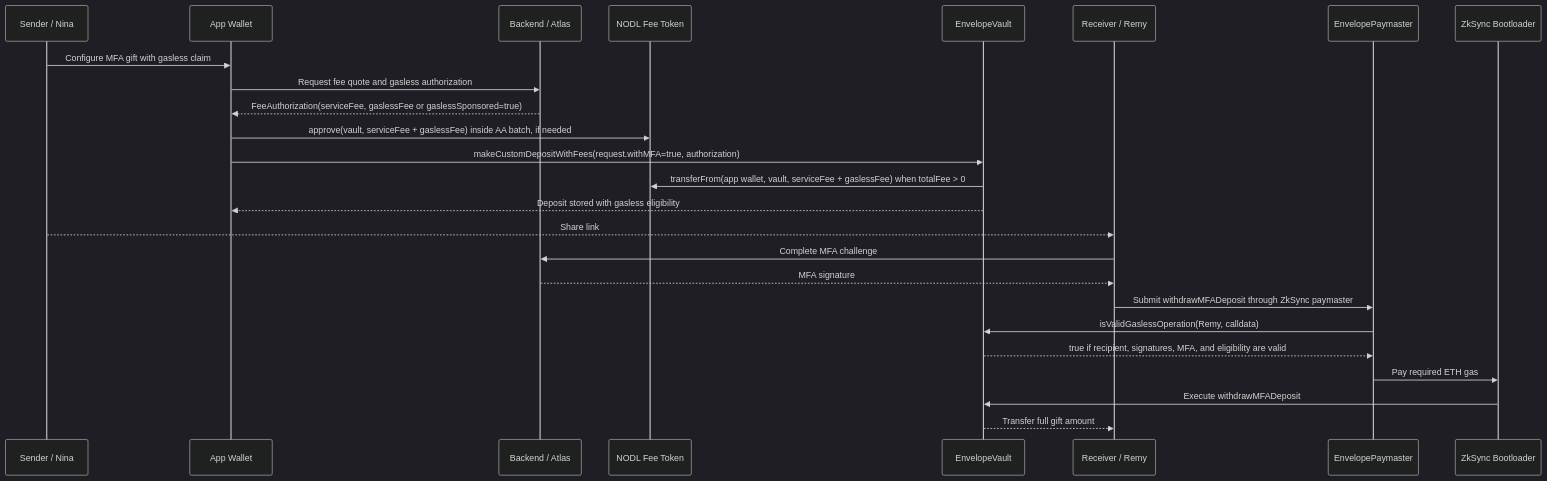
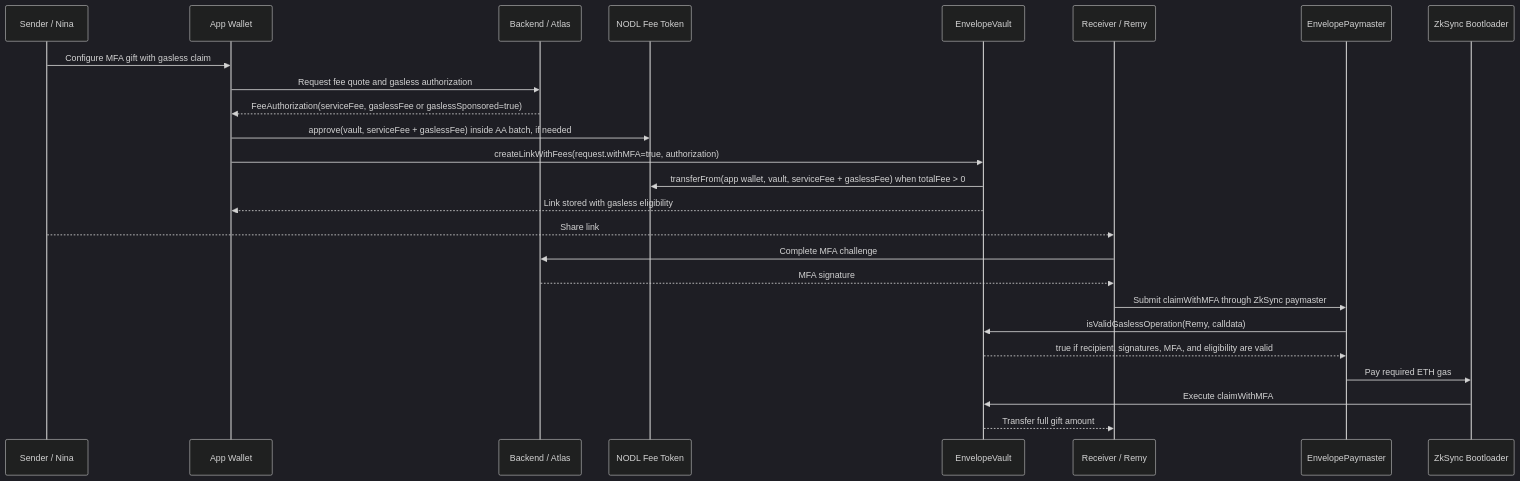
The fifth of 5 diagrams in src/envelope/doc/EnvelopeVault.md (NodleCode/rollup), drawn with Mermaid (dark theme) before and after one commit. The commit also changed other lines of this file and 16 other files, not shown here.

First line of the commit message:
refactor(envelope): rename API for clarity — deposit→link, withdraw→claim/reclaim

````diff
--- a/src/envelope/doc/EnvelopeVault.md
+++ b/src/envelope/doc/EnvelopeVault.md
@@ -157,28 +164,28 @@
 ```mermaid
 sequenceDiagram
     participant Nina as Sender / Nina
     participant Wallet as App Wallet
     participant Atlas as Backend / Atlas
     participant FeeToken as NODL Fee Token
     participant Vault as EnvelopeVault
     participant Remy as Receiver / Remy
     participant Paymaster as EnvelopePaymaster
     participant Bootloader as ZkSync Bootloader
 
     Nina->>Wallet: Configure MFA gift with gasless claim
     Wallet->>Atlas: Request fee quote and gasless authorization
     Atlas-->>Wallet: FeeAuthorization(serviceFee, gaslessFee or gaslessSponsored=true)
     Wallet->>FeeToken: approve(vault, serviceFee + gaslessFee) inside AA batch, if needed
-    Wallet->>Vault: makeCustomDepositWithFees(request.withMFA=true, authorization)
+    Wallet->>Vault: createLinkWithFees(request.withMFA=true, authorization)
     Vault->>FeeToken: transferFrom(app wallet, vault, serviceFee + gaslessFee) when totalFee > 0
-    Vault-->>Wallet: Deposit stored with gasless eligibility
+    Vault-->>Wallet: Link stored with gasless eligibility
     Nina-->>Remy: Share link
     Remy->>Atlas: Complete MFA challenge
     Atlas-->>Remy: MFA signature
-    Remy->>Paymaster: Submit withdrawMFADeposit through ZkSync paymaster
+    Remy->>Paymaster: Submit claimWithMFA through ZkSync paymaster
     Paymaster->>Vault: isValidGaslessOperation(Remy, calldata)
     Vault-->>Paymaster: true if recipient, signatures, MFA, and eligibility are valid
     Paymaster->>Bootloader: Pay required ETH gas
-    Bootloader->>Vault: Execute withdrawMFADeposit
+    Bootloader->>Vault: Execute claimWithMFA
     Vault-->>Remy: Transfer full gift amount
 ```
````
